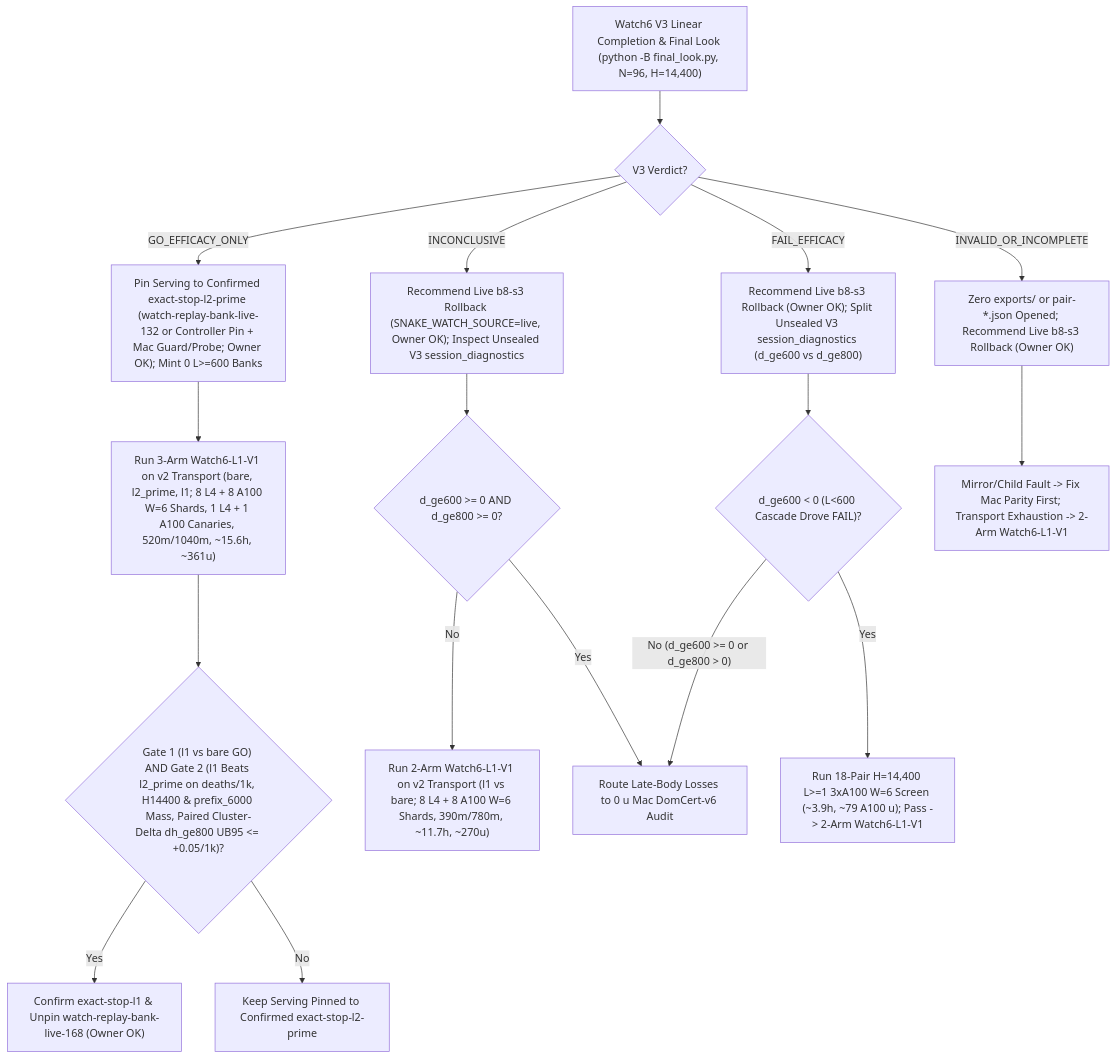
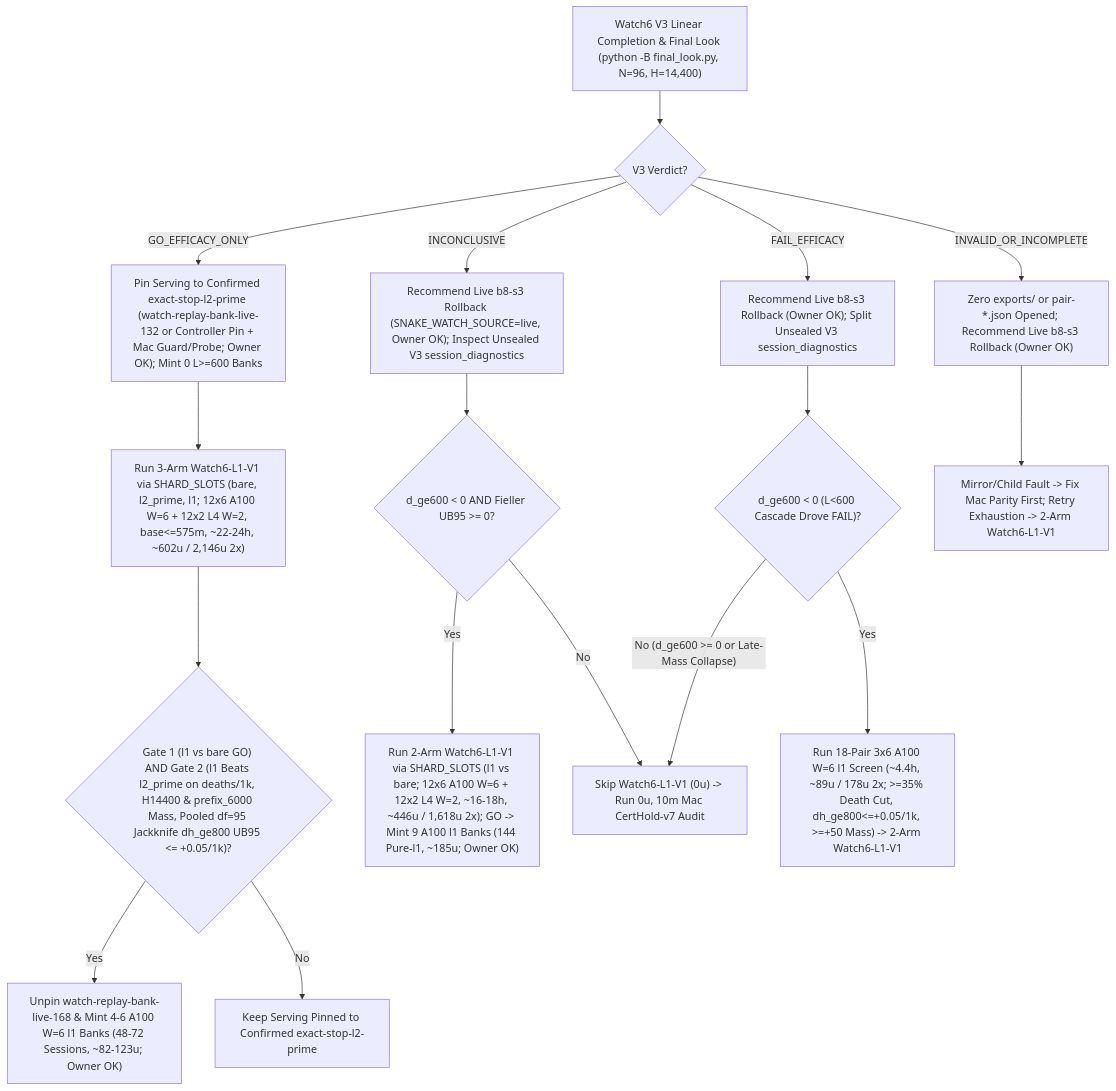
One commit to josenunezwork/snake-dqn changed the diagram in docs/research/ROADMAP.md. Above: the diagram before and after it, drawn with Mermaid. The commit also changed other lines of this file, not shown here.

Commit message:
docs(roadmap): fold in round-07 synthesis as current and later-round advice

````diff
--- a/docs/research/ROADMAP.md
+++ b/docs/research/ROADMAP.md
@@ -88,19 +90,19 @@
 ```mermaid
 flowchart TD
     V3["Watch6 V3 Linear Completion & Final Look (python -B final_look.py, N=96, H=14,400)"] --> VERDICT{"V3 Verdict?"}
     VERDICT -- "GO_EFFICACY_ONLY" --> PIN_L2["Pin Serving to Confirmed exact-stop-l2-prime (watch-replay-bank-live-132 or Controller Pin + Mac Guard/Probe; Owner OK); Mint 0 L>=600 Banks"]
-    PIN_L2 --> L1_3ARM["Run 3-Arm Watch6-L1-V1 on v2 Transport (bare, l2_prime, l1; 8 L4 + 8 A100 W=6 Shards, 1 L4 + 1 A100 Canaries, 520m/1040m, ~15.6h, ~361u)"]
-    L1_3ARM --> GATE2{"Gate 1 (l1 vs bare GO) AND Gate 2 (l1 Beats l2_prime on deaths/1k, H14400 & prefix_6000 Mass, Paired Cluster-Delta dh_ge800 UB95 <= +0.05/1k)?"}
-    GATE2 -- "Yes" --> UNPIN168["Confirm exact-stop-l1 & Unpin watch-replay-bank-live-168 (Owner OK)"]
+    PIN_L2 --> L1_3ARM["Run 3-Arm Watch6-L1-V1 via SHARD_SLOTS (bare, l2_prime, l1; 12x6 A100 W=6 + 12x2 L4 W=2, base<=575m, ~22-24h, ~602u / 2,146u 2x)"]
+    L1_3ARM --> GATE2{"Gate 1 (l1 vs bare GO) AND Gate 2 (l1 Beats l2_prime on deaths/1k, H14400 & prefix_6000 Mass, Pooled df=95 Jackknife dh_ge800 UB95 <= +0.05/1k)?"}
+    GATE2 -- "Yes" --> UNPIN168["Unpin watch-replay-bank-live-168 & Mint 4-6 A100 W=6 l1 Banks (48-72 Sessions, ~82-123u; Owner OK)"]
     GATE2 -- "No" --> KEEP_L2["Keep Serving Pinned to Confirmed exact-stop-l2-prime"]
     VERDICT -- "INCONCLUSIVE" --> INC_RB["Recommend Live b8-s3 Rollback (SNAKE_WATCH_SOURCE=live, Owner OK); Inspect Unsealed V3 session_diagnostics"]
-    INC_RB --> INC_CHK{"d_ge600 >= 0 AND d_ge800 >= 0?"}
-    INC_CHK -- "No" --> L1_2ARM["Run 2-Arm Watch6-L1-V1 on v2 Transport (l1 vs bare; 8 L4 + 8 A100 W=6 Shards, 390m/780m, ~11.7h, ~270u)"]
-    INC_CHK -- "Yes" --> DOM["Route Late-Body Losses to 0 u Mac DomCert-v6 Audit"]
-    VERDICT -- "FAIL_EFFICACY" --> FAIL_RB["Recommend Live b8-s3 Rollback (Owner OK); Split Unsealed V3 session_diagnostics (d_ge600 vs d_ge800)"]
+    INC_RB --> INC_CHK{"d_ge600 < 0 AND Fieller UB95 >= 0?"}
+    INC_CHK -- "Yes" --> L1_2ARM["Run 2-Arm Watch6-L1-V1 via SHARD_SLOTS (l1 vs bare; 12x6 A100 W=6 + 12x2 L4 W=2, ~16-18h, ~446u / 1,618u 2x); GO -> Mint 9 A100 l1 Banks (144 Pure-l1, ~185u; Owner OK)"]
+    INC_CHK -- "No" --> CERT["Skip Watch6-L1-V1 (0u) -> Run 0u, 10m Mac CertHold-v7 Audit"]
+    VERDICT -- "FAIL_EFFICACY" --> FAIL_RB["Recommend Live b8-s3 Rollback (Owner OK); Split Unsealed V3 session_diagnostics"]
     FAIL_RB --> FAIL_CHK{"d_ge600 < 0 (L<600 Cascade Drove FAIL)?"}
-    FAIL_CHK -- "Yes" --> SCR18["Run 18-Pair H=14,400 L>=1 3xA100 W=6 Screen (~3.9h, ~79 A100 u); Pass -> 2-Arm Watch6-L1-V1"]
-    FAIL_CHK -- "No (d_ge600 >= 0 or d_ge800 > 0)" --> DOM
+    FAIL_CHK -- "Yes" --> SCR18["Run 18-Pair 3x6 A100 W=6 l1 Screen (~4.4h, ~89u / 178u 2x; >=35% Death Cut, dh_ge800<=+0.05/1k, >=+50 Mass) -> 2-Arm Watch6-L1-V1"]
+    FAIL_CHK -- "No (d_ge600 >= 0 or Late-Mass Collapse)" --> CERT
     VERDICT -- "INVALID_OR_INCOMPLETE" --> INV_RB["Zero exports/ or pair-*.json Opened; Recommend Live b8-s3 Rollback (Owner OK)"]
-    INV_RB --> INV_FIX["Mirror/Child Fault -> Fix Mac Parity First; Transport Exhaustion -> 2-Arm Watch6-L1-V1"]
+    INV_RB --> INV_FIX["Mirror/Child Fault -> Fix Mac Parity First; Retry Exhaustion -> 2-Arm Watch6-L1-V1"]
 ```
````
